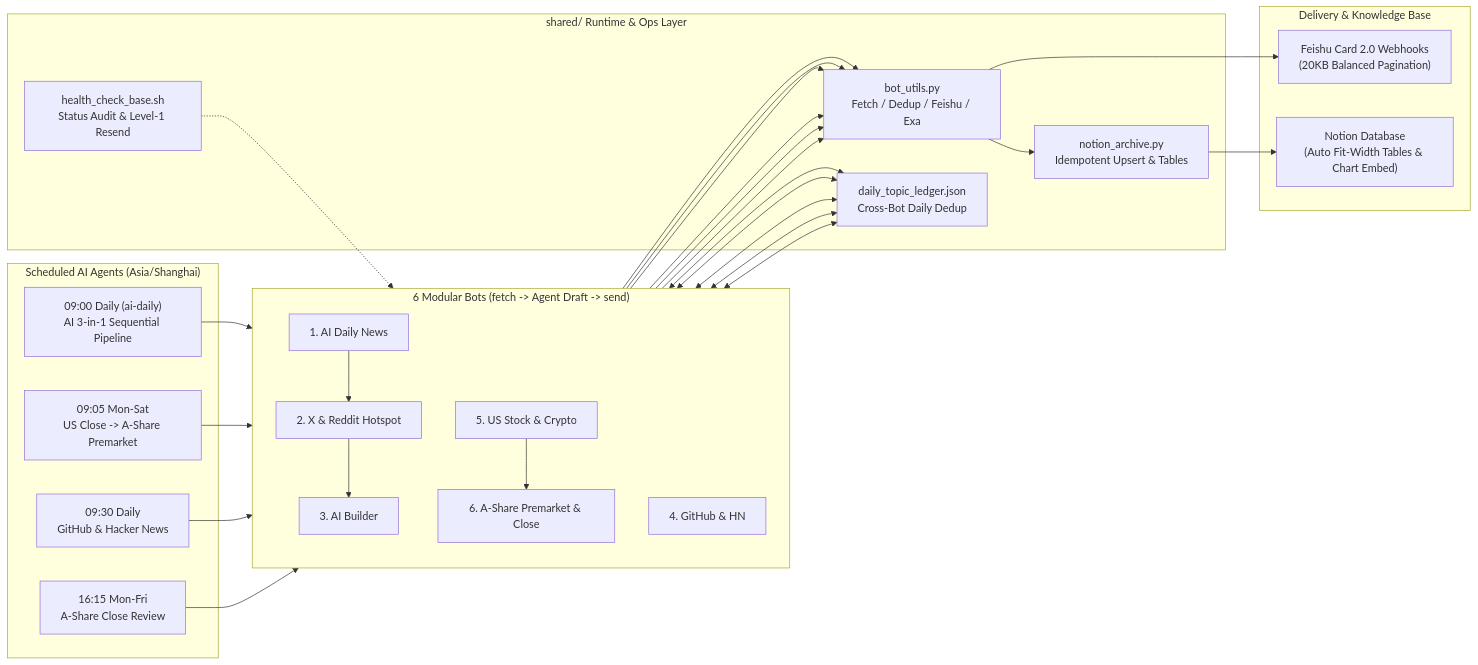
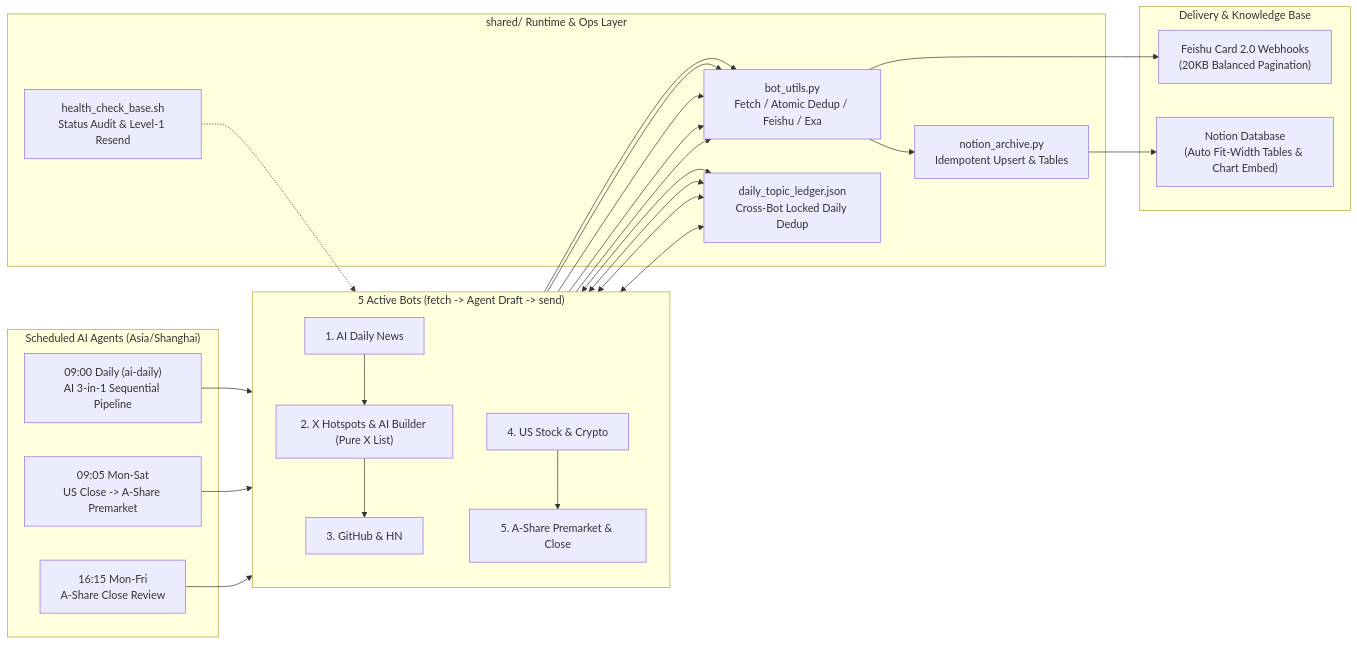
The diagram in README.md (shirleyisdoingrightthings/daily-bots), drawn with Mermaid before and after one commit. The commit also changed other lines of this file and 28 other files, not shown here.

Commit message:
feat(ai-daily): consolidate 3-in-1 pipeline (News -> X&Builder -> GitHub&HN), HN-style replies, and P0/P1 audit hardening

````diff
--- a/README.md
+++ b/README.md
@@ -17,38 +17,35 @@
 ```mermaid
 flowchart LR
     subgraph Sched["Scheduled AI Agents (Asia/Shanghai)"]
         S1["09:00 Daily (ai-daily)<br/>AI 3-in-1 Sequential Pipeline"]
         S2["09:05 Mon-Sat<br/>US Close -> A-Share Premarket"]
-        S3["09:30 Daily<br/>GitHub &amp; Hacker News"]
         S4["16:15 Mon-Fri<br/>A-Share Close Review"]
     end
 
-    subgraph Bots["6 Modular Bots (fetch -&gt; Agent Draft -&gt; send)"]
+    subgraph Bots["5 Active Bots (fetch -&gt; Agent Draft -&gt; send)"]
         direction TB
-        B1["1. AI Daily News"] --> B2["2. X &amp; Reddit Hotspot"] --> B3["3. AI Builder"]
-        B4["4. GitHub &amp; HN"]
-        B5["5. US Stock &amp; Crypto"] --> B6["6. A-Share Premarket &amp; Close"]
+        B1["1. AI Daily News"] --> B3["2. X Hotspots &amp; AI Builder (Pure X List)"] --> B4["3. GitHub &amp; HN"]
+        B5["4. US Stock &amp; Crypto"] --> B6["5. A-Share Premarket &amp; Close"]
     end
 
     subgraph Shared["shared/ Runtime &amp; Ops Layer"]
-        U["bot_utils.py<br/>Fetch / Dedup / Feishu / Exa"]
-        L["daily_topic_ledger.json<br/>Cross-Bot Daily Dedup"]
+        U["bot_utils.py<br/>Fetch / Atomic Dedup / Feishu / Exa"]
+        L["daily_topic_ledger.json<br/>Cross-Bot Locked Daily Dedup"]
         N["notion_archive.py<br/>Idempotent Upsert &amp; Tables"]
         H["health_check_base.sh<br/>Status Audit &amp; Level-1 Resend"]
     end
 
     subgraph Out["Delivery &amp; Knowledge Base"]
         F["Feishu Card 2.0 Webhooks<br/>(20KB Balanced Pagination)"]
         ND["Notion Database<br/>(Auto Fit-Width Tables &amp; Chart Embed)"]
     end
 
     S1 --> B1
     S2 --> B5
-    S3 --> B4
     S4 --> B6
-    B1 & B2 & B3 & B4 & B5 <--> L
-    B1 & B2 & B3 & B4 & B5 & B6 --> U
+    B1 & B3 & B4 & B5 <--> L
+    B1 & B3 & B4 & B5 & B6 --> U
     U --> F
     U --> N --> ND
     H -.-> Bots
 ```
````
